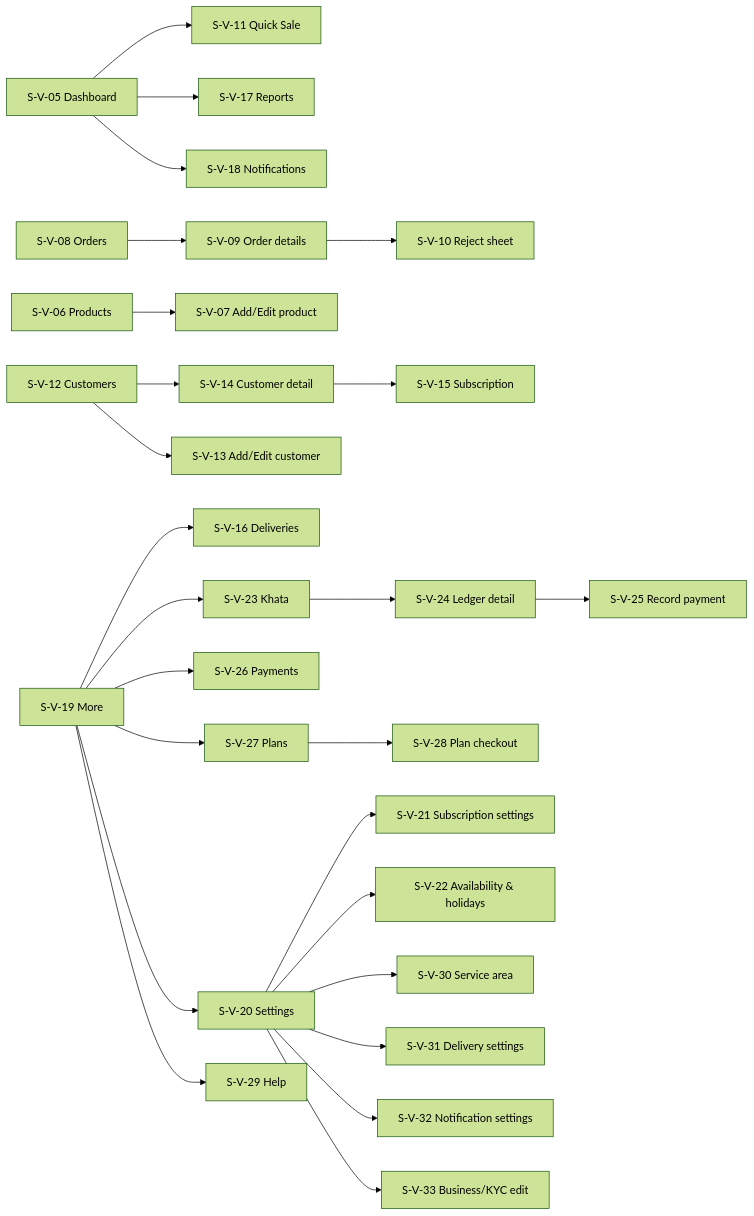
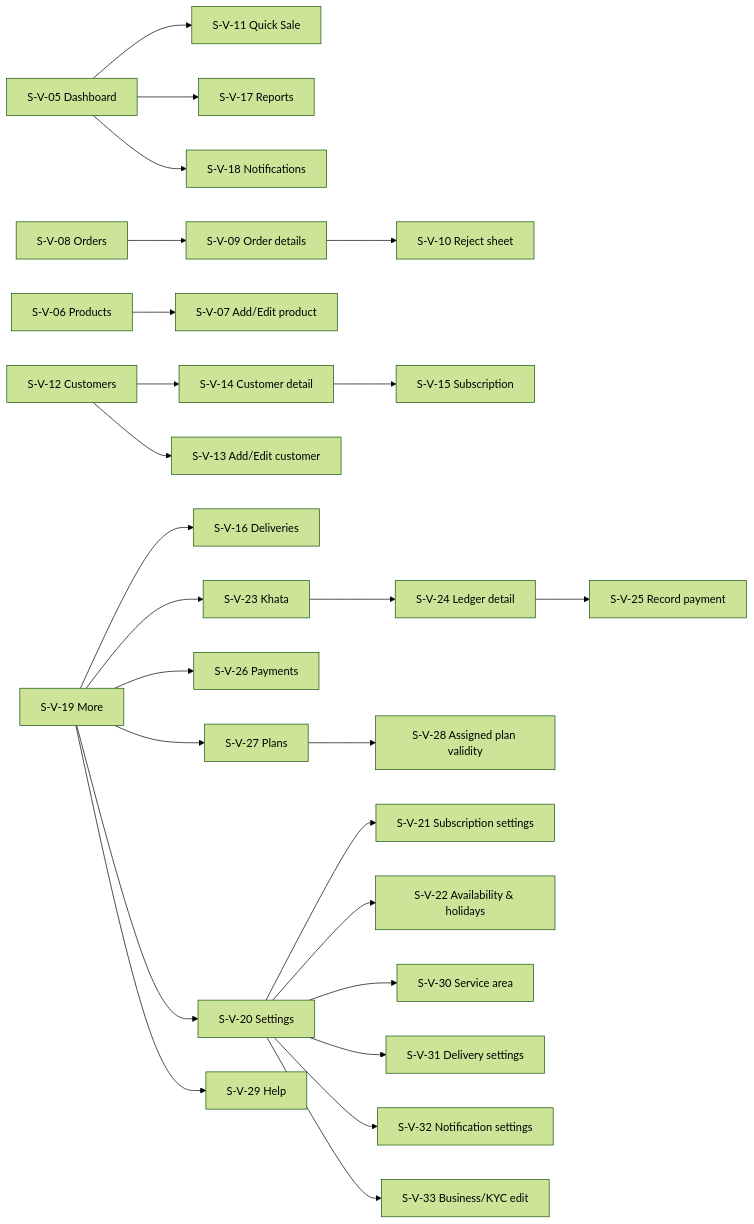
Before and after one commit to Priyankaagrawal/supplybiz: the second of 7 diagrams in docs/03-ux/USER_FLOWS.md, drawn with Mermaid (forest theme). The commit also changed other lines of this file and 39 other files, not shown here.

````diff
--- a/docs/03-ux/USER_FLOWS.md
+++ b/docs/03-ux/USER_FLOWS.md
@@ -44,22 +44,22 @@
 ```mermaid
 flowchart LR
     Home[S-V-05 Dashboard] --> QS[S-V-11 Quick Sale]
     Home --> Rep[S-V-17 Reports]
     Home --> Notif[S-V-18 Notifications]
     Orders[S-V-08 Orders] --> OD[S-V-09 Order details] --> RJ[S-V-10 Reject sheet]
     Products[S-V-06 Products] --> PE[S-V-07 Add/Edit product]
     Customers[S-V-12 Customers] --> CD[S-V-14 Customer detail] --> SUB[S-V-15 Subscription]
     Customers --> CE[S-V-13 Add/Edit customer]
     More[S-V-19 More] --> DL[S-V-16 Deliveries]
     More --> KH[S-V-23 Khata] --> LD[S-V-24 Ledger detail] --> RP[S-V-25 Record payment]
     More --> PAY[S-V-26 Payments]
-    More --> PL[S-V-27 Plans] --> PC[S-V-28 Plan checkout]
+    More --> PL[S-V-27 Plans] --> PC[S-V-28 Assigned plan validity]
     More --> ST[S-V-20 Settings]
     ST --> SS[S-V-21 Subscription settings]
     ST --> HO[S-V-22 Availability & holidays]
     ST --> SA[S-V-30 Service area]
     ST --> DS[S-V-31 Delivery settings]
     ST --> NS[S-V-32 Notification settings]
     ST --> BP[S-V-33 Business/KYC edit]
     More --> HELP[S-V-29 Help]
 ```
````
